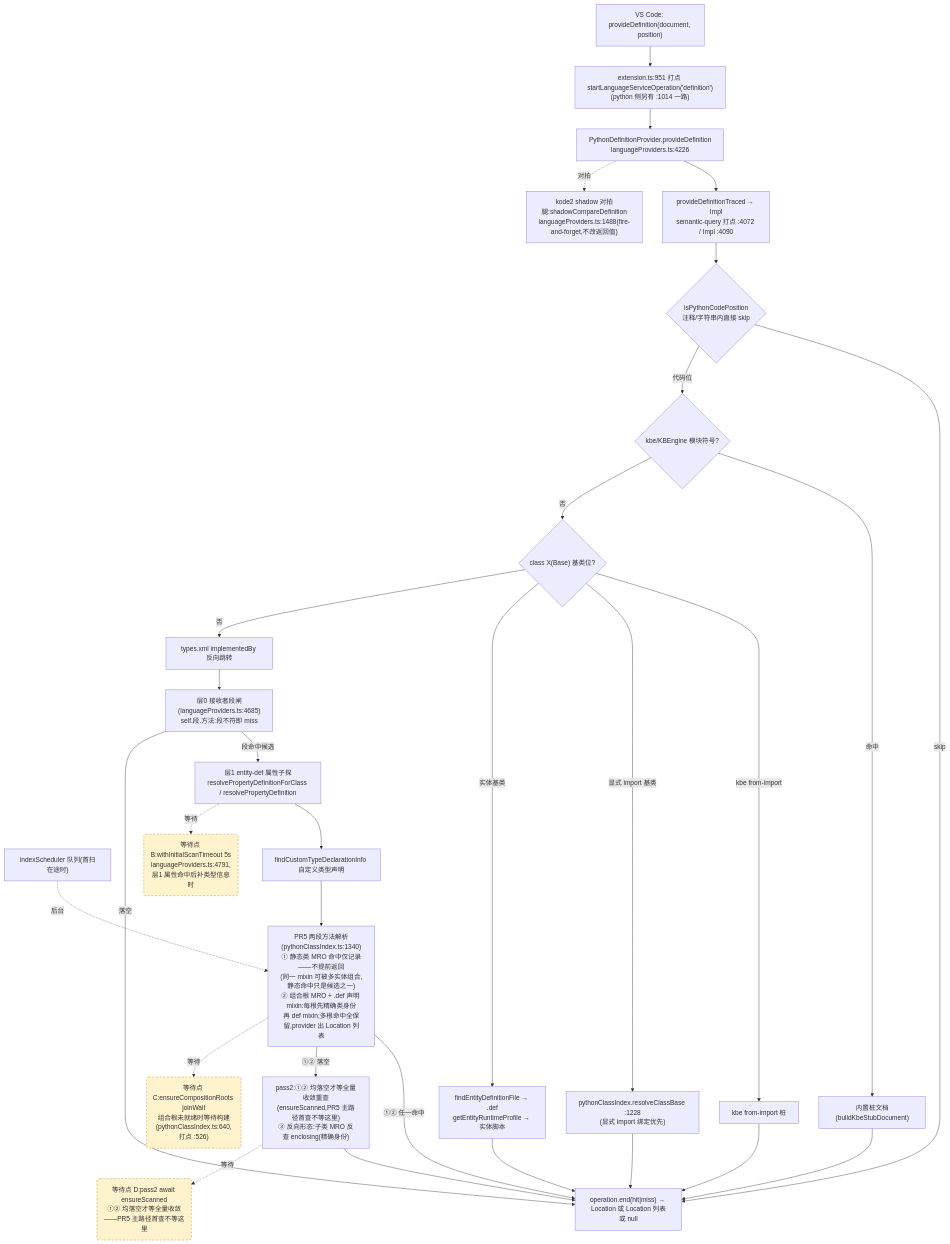
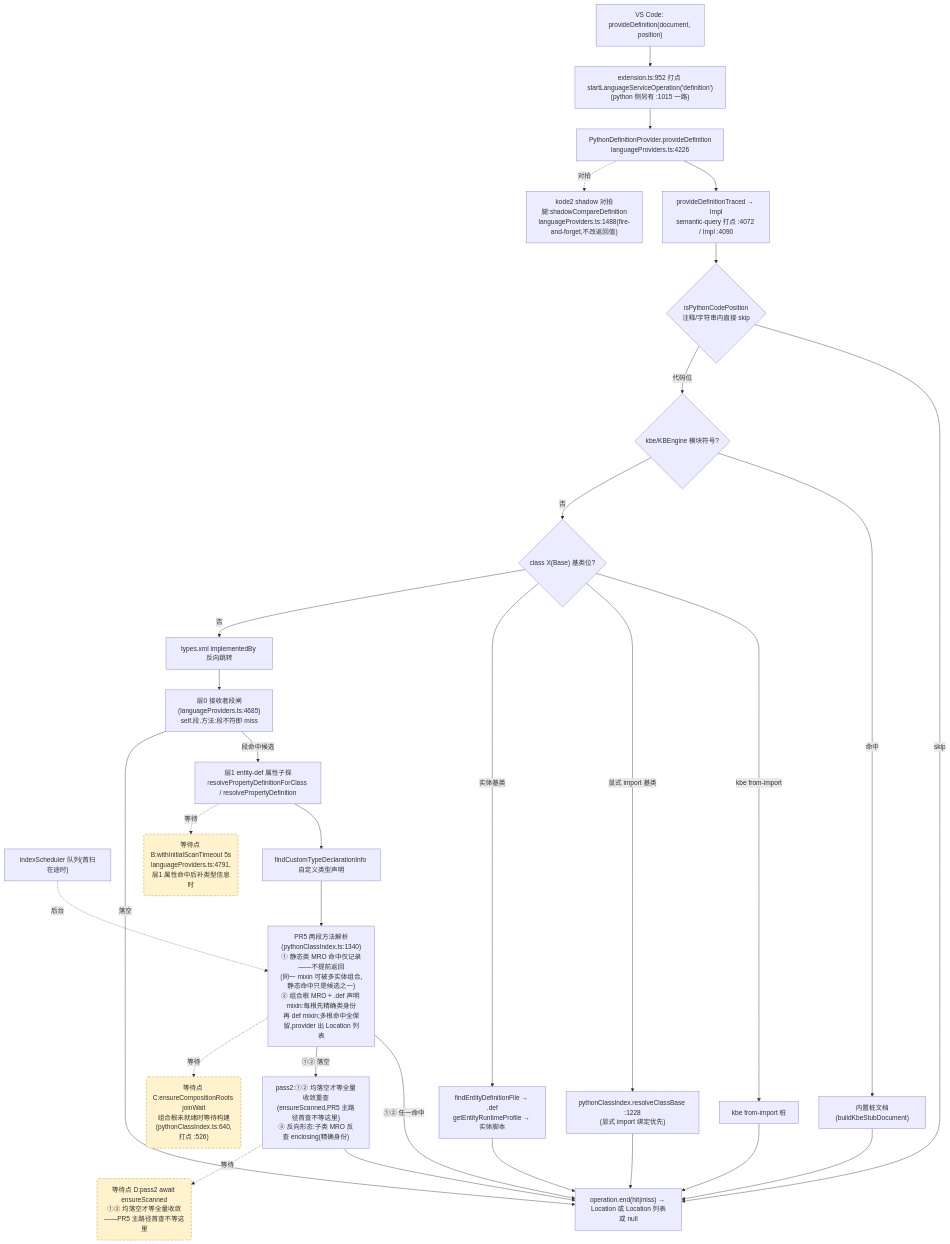
One commit to cuihairu/kode changed the second of 4 diagrams in docs/perf/2026-baseline.md. Above: the diagram before and after it, drawn with Mermaid. The commit also changed other lines of this file and 17 other files, not shown here.

````diff
--- a/docs/perf/2026-baseline.md
+++ b/docs/perf/2026-baseline.md
@@ -130,51 +130,51 @@
 ```mermaid
 flowchart TD
   VC2["VS Code: provideDefinition(document, position)"]
-  M2["extension.ts:951 打点 startLanguageServiceOperation('definition')<br/>(python 侧另有 :1014 一路)"]
+  M2["extension.ts:952 打点 startLanguageServiceOperation('definition')<br/>(python 侧另有 :1015 一路)"]
   AD2["PythonDefinitionProvider.provideDefinition<br/>languageProviders.ts:4226"]
   TR["provideDefinitionTraced → Impl<br/>semantic-query 打点 :4072 / Impl :4090"]
   CTX{"isPythonCodePosition<br/>注释/字符串内直接 skip"}
   KBE{"kbe/KBEngine 模块符号?"}
   STUB["内置桩文档(buildKbeStubDocument)"]
   CB{"class X(Base) 基类位?"}
   CB1["kbe from-import 桩"]
   CB2["pythonClassIndex.resolveClassBase :1228<br/>(显式 import 绑定优先)"]
   CB3["findEntityDefinitionFile → .def<br/>getEntityRuntimeProfile → 实体脚本"]
   REV["types.xml implementedBy 反向跳转"]
   L0["层0 接收者段闸(languageProviders.ts:4685)<br/>self.段.方法:段不符即 miss"]
   L1["层1 entity-def 属性子探<br/>resolvePropertyDefinitionForClass / resolvePropertyDefinition"]
   SCAN["indexScheduler 队列(首扫在途时)"]
   TY["findCustomTypeDeclarationInfo 自定义类型声明"]
   MRO["PR5 两段方法解析(pythonClassIndex.ts:1340)<br/>① 静态类 MRO 命中仅记录——不提前返回<br/>(同一 mixin 可被多实体组合,静态命中只是候选之一)<br/>② 组合根 MRO + .def 声明 mixin:每根先精确类身份<br/>再 def mixin;多根命中全保留,provider 出 Location 列表"]
   PASS2["pass2:①② 均落空才等全量收敛重查<br/>(ensureScanned,PR5 主路径首查不等这里)<br/>③ 反向形态:子类 MRO 反查 enclosing(精确身份)"]
   SHD["kode2 shadow 对拍腿:shadowCompareDefinition<br/>languageProviders.ts:1488(fire-and-forget,不改返回值)"]
   END2["operation.end(hit|miss) → Location 或 Location 列表或 null"]
 
   VC2 --> M2 --> AD2 --> TR --> CTX
   CTX -- "skip" --> END2
   CTX -- "代码位" --> KBE
   KBE -- "命中" --> STUB --> END2
   KBE -- "否" --> CB
   CB -- "kbe from-import" --> CB1 --> END2
   CB -- "显式 import 基类" --> CB2 --> END2
   CB -- "实体基类" --> CB3 --> END2
   CB -- "否" --> REV --> L0
   L0 -- "段命中候选" --> L1
   L0 -- "落空" --> END2
   L1 --> TY
   TY --> MRO
   MRO -- "①② 任一命中" --> END2
   MRO -- "①② 落空" --> PASS2 --> END2
   AD2 -.->|对拍| SHD
 
   WAITB("等待点 B:withInitialScanTimeout 5s<br/>languageProviders.ts:4791,层1 属性命中后补类型信息时")
   WAITC("等待点 C:ensureCompositionRoots joinWait<br/>组合根未就绪时等待构建(pythonClassIndex.ts:640,打点 :526)")
   WAITD("等待点 D:pass2 await ensureScanned<br/>①② 均落空才等全量收敛——PR5 主路径首查不等这里")
   L1 -.->|等待| WAITB
   MRO -.->|等待| WAITC
   PASS2 -.->|等待| WAITD
   SCAN -.->|后台| MRO
 
   classDef waitPoint fill:#fff3cd,stroke:#d97706,stroke-dasharray:5 4;
   class WAITB,WAITC,WAITD waitPoint;
 ```
````
